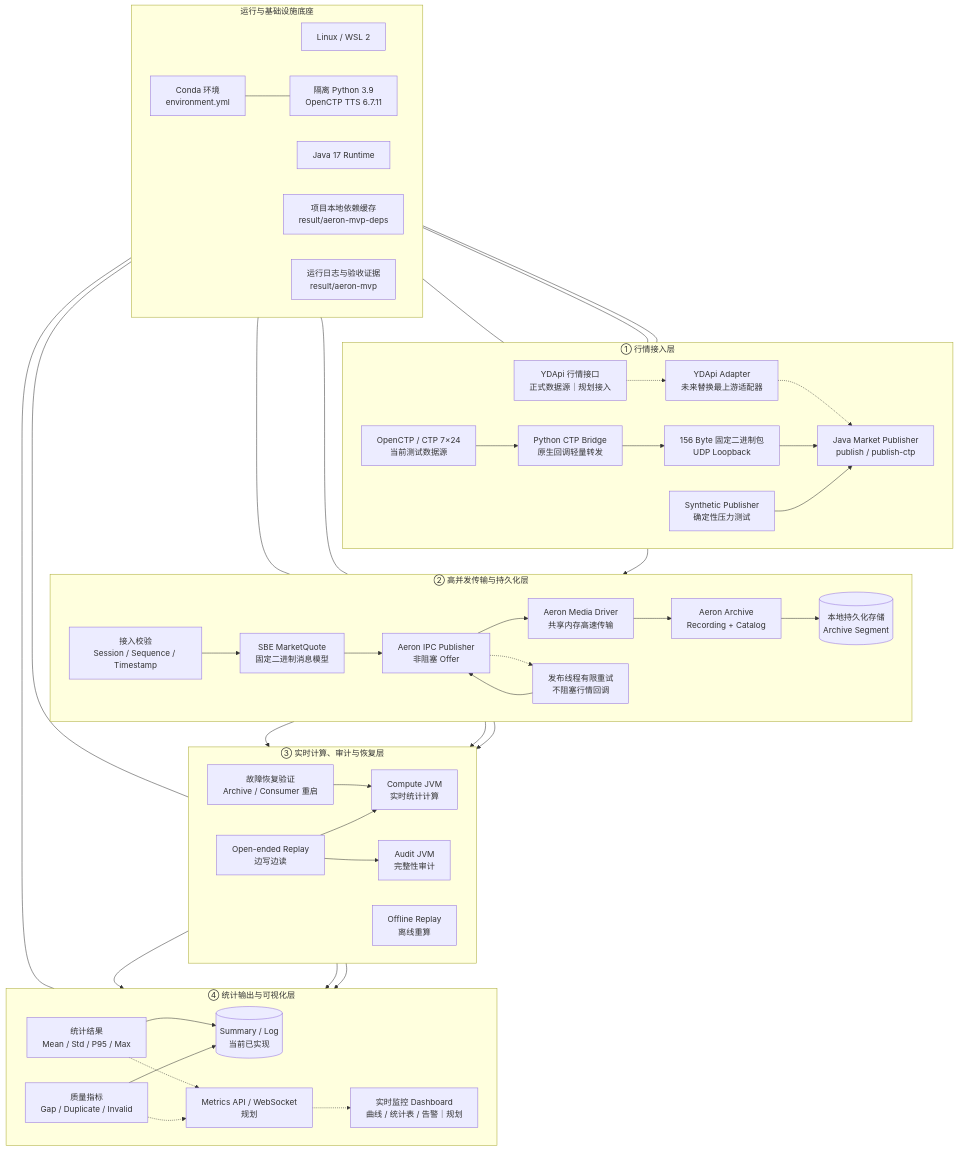
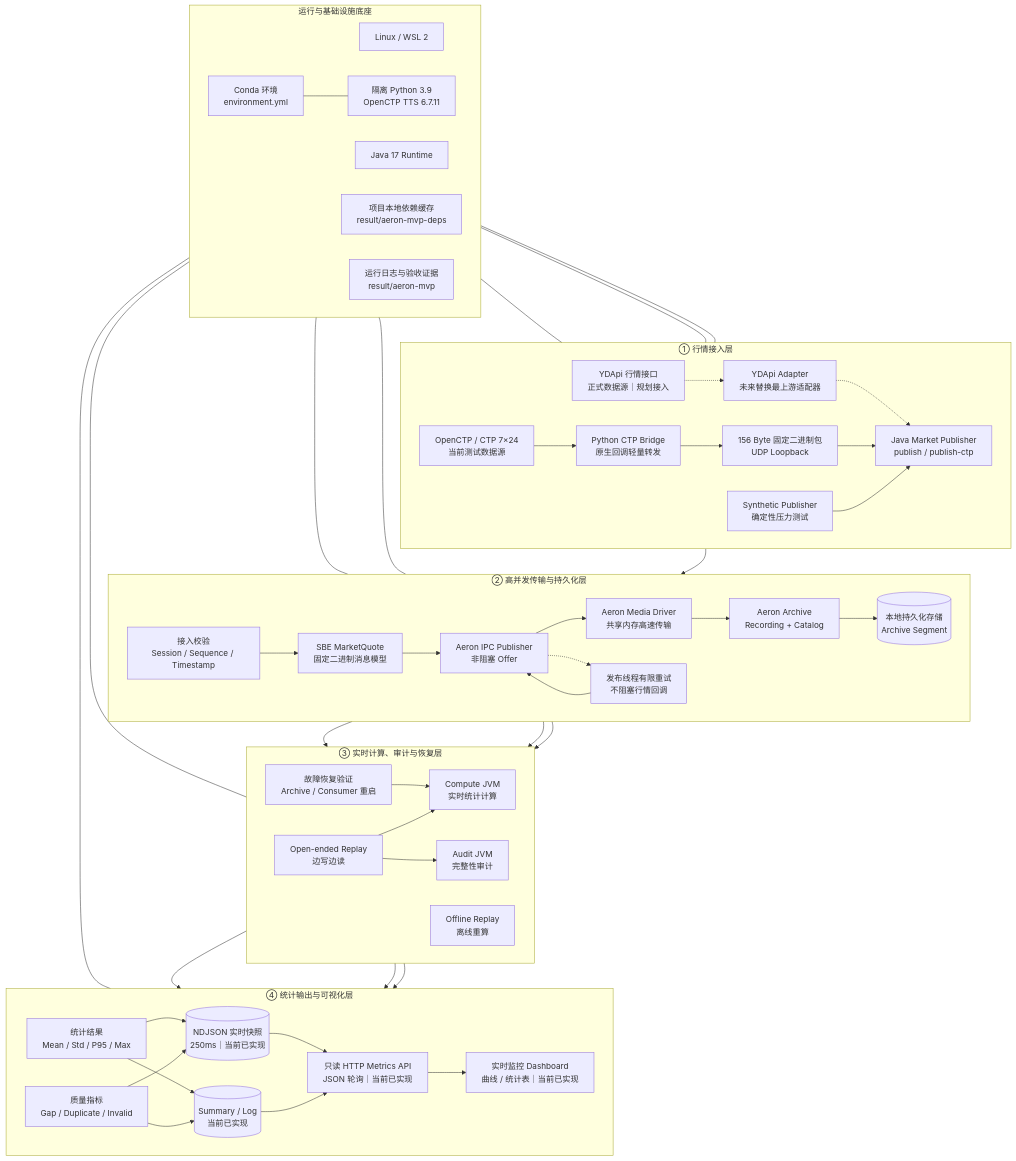
One commit to 031asa/high-concurrency changed the diagram in docs/high-concurrency-architecture.md. Above: the diagram before and after it, drawn with Mermaid. The commit also changed other lines of this file and 10 other files, not shown here.

```diff
--- a/docs/high-concurrency-architecture.md
+++ b/docs/high-concurrency-architecture.md
@@ -52,16 +52,19 @@
         direction LR
         STAT["统计结果<br/>Mean / Std / P95 / Max"]
         QUALITY["质量指标<br/>Gap / Duplicate / Invalid"]
+        STREAM[("NDJSON 实时快照<br/>250ms｜当前已实现")]
         SUMMARY[("Summary / Log<br/>当前已实现")]
-        API["Metrics API / WebSocket<br/>规划"]
-        DASH["实时监控 Dashboard<br/>曲线 / 统计表 / 告警｜规划"]
+        API["只读 HTTP Metrics API<br/>JSON 轮询｜当前已实现"]
+        DASH["实时监控 Dashboard<br/>曲线 / 统计表｜当前已实现"]
 
-        COMPUTE --> STAT --> SUMMARY
-        AUDIT --> QUALITY --> SUMMARY
+        COMPUTE --> STAT --> STREAM
+        AUDIT --> QUALITY --> STREAM
+        STAT --> SUMMARY
+        QUALITY --> SUMMARY
         REPLAY --> STAT
-        STAT -.-> API
-        QUALITY -.-> API
-        API -.-> DASH
+        STREAM --> API
+        SUMMARY --> API
+        API --> DASH
     end
 
     subgraph FOUNDATION["运行与基础设施底座"]
```
